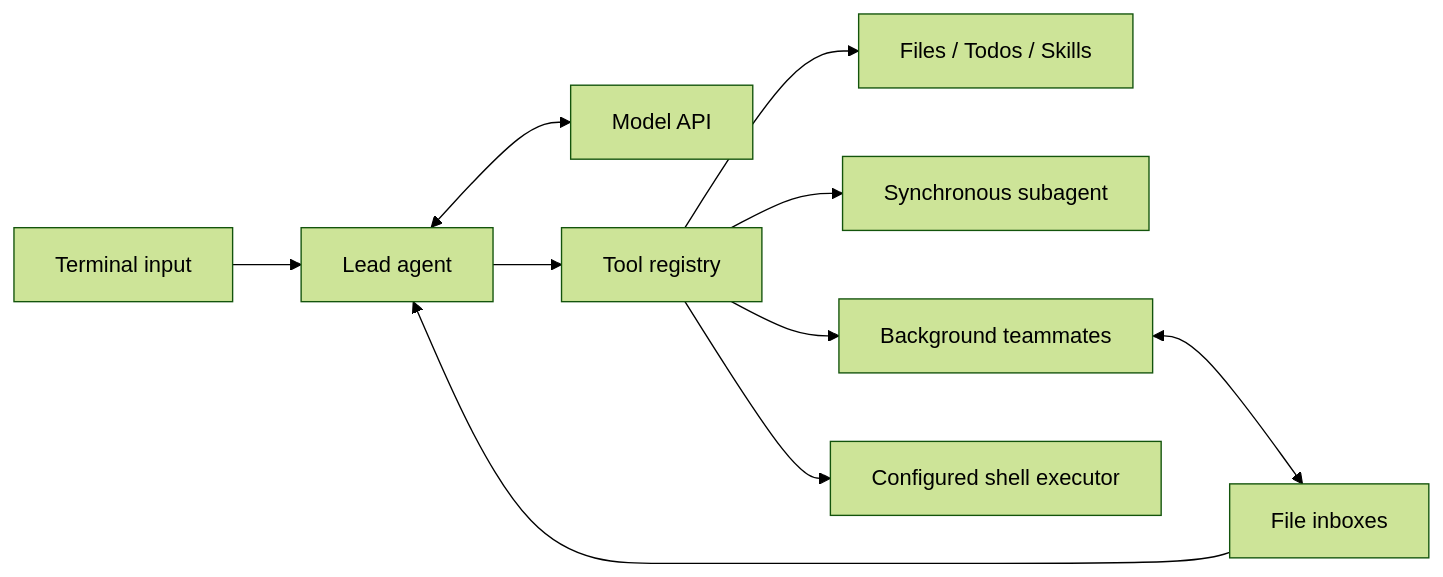
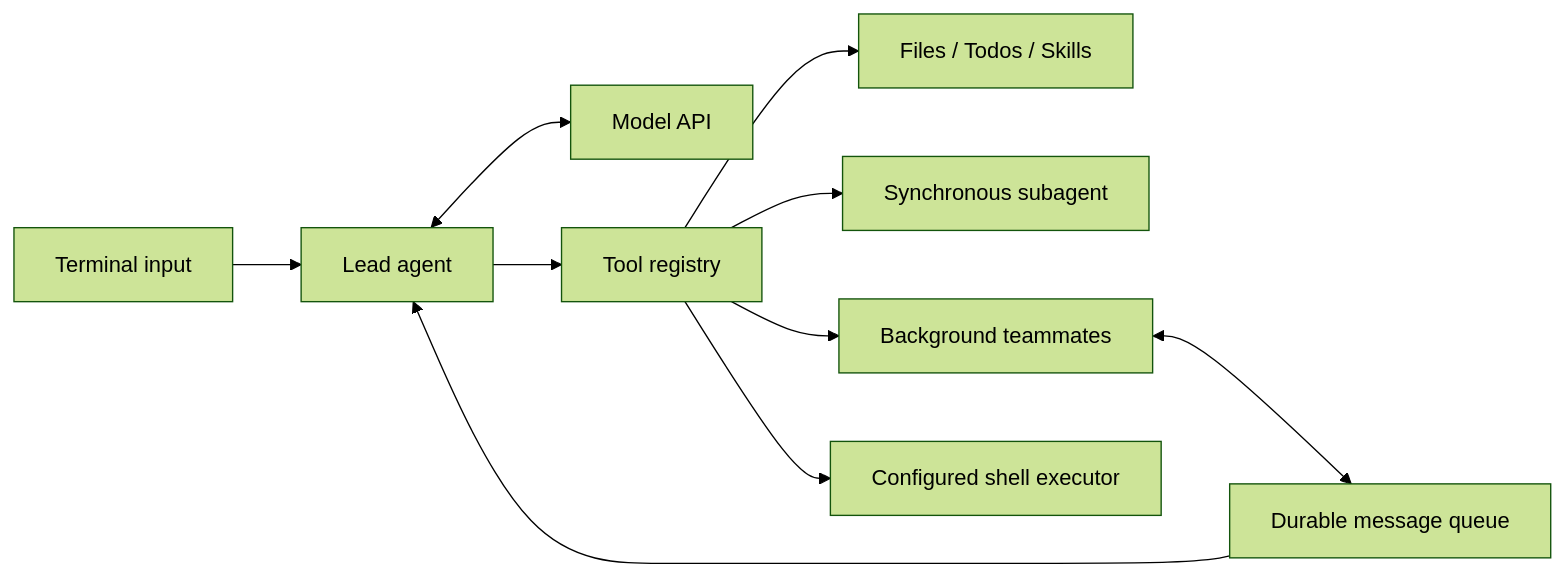
One commit to crouchggj/EasyAgentic changed the diagram in README.md. Above: the diagram before and after it, drawn with Mermaid (forest theme). The commit also changed other lines of this file and 15 other files, not shown here.

````diff
--- a/README.md
+++ b/README.md
@@ -73,12 +96,12 @@
 ```mermaid
 flowchart LR
     U[Terminal input] --> L[Lead agent]
     L <--> M[Model API]
     L --> T[Tool registry]
     T --> F[Files / Todos / Skills]
     T --> S[Synchronous subagent]
     T --> B[Background teammates]
-    B <--> I[File inboxes]
+    B <--> I[Durable message queue]
     I --> L
     T --> X[Configured shell executor]
 ```
````
